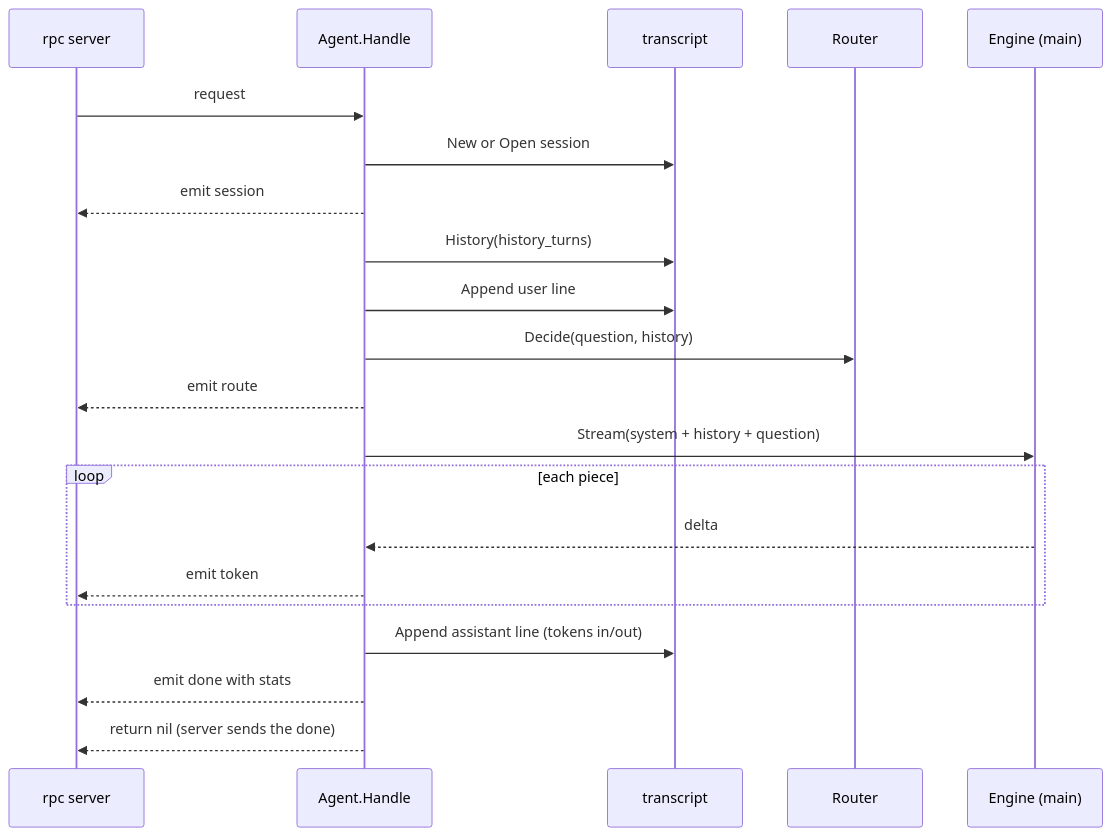
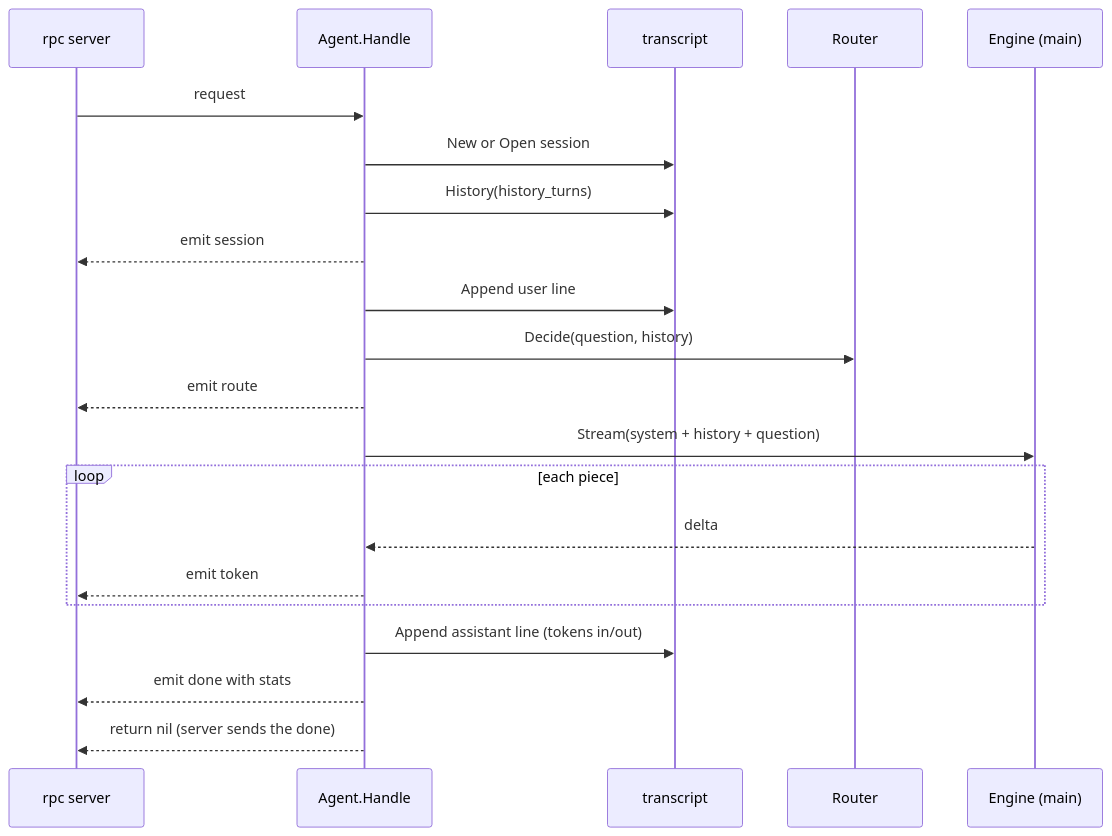
The diagram in docs/coding-notes/agent.md (aarora79/meru), drawn with Mermaid before and after one commit. The commit also changed other lines of this file and 37 other files, not shown here.

````diff
--- a/docs/coding-notes/agent.md
+++ b/docs/coding-notes/agent.md
@@ -19,23 +19,23 @@
 ```mermaid
 sequenceDiagram
     participant S as rpc server
     participant A as Agent.Handle
     participant T as transcript
     participant R as Router
     participant E as Engine (main)
     S->>A: request
     A->>T: New or Open session
+    A->>T: History(history_turns)
     A-->>S: emit session
-    A->>T: History(history_turns)
     A->>T: Append user line
     A->>R: Decide(question, history)
     A-->>S: emit route
     A->>E: Stream(system + history + question)
     loop each piece
         E-->>A: delta
         A-->>S: emit token
     end
     A->>T: Append assistant line (tokens in/out)
     A-->>S: emit done with stats
     A-->>S: return nil (server sends the done)
 ```
````
